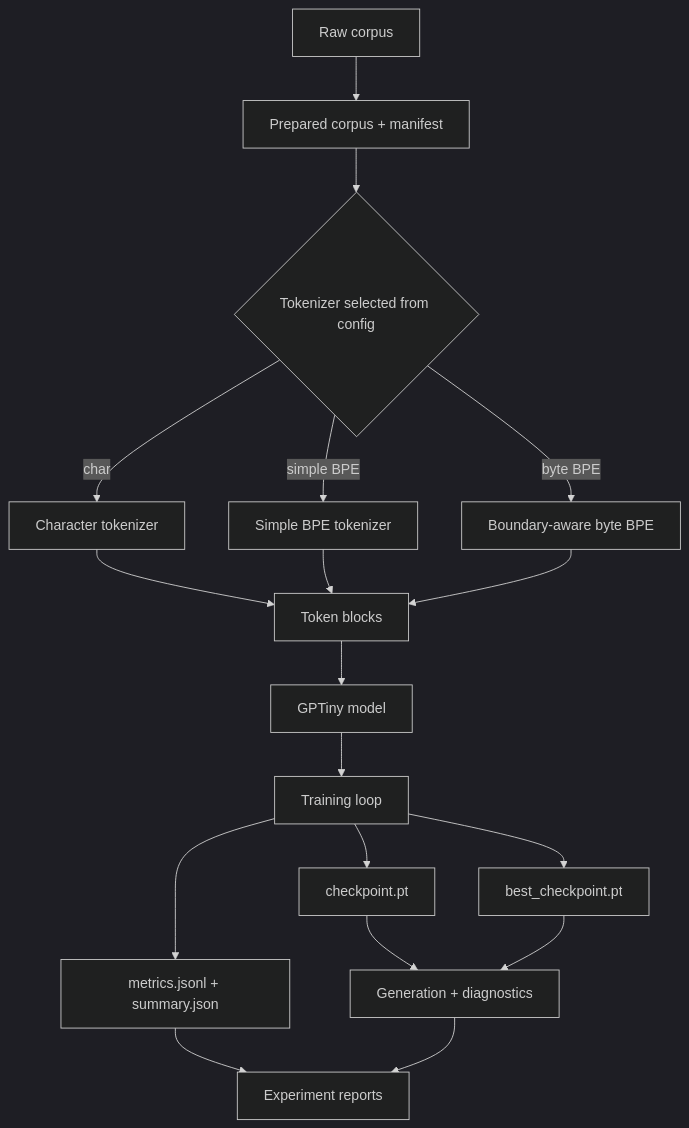
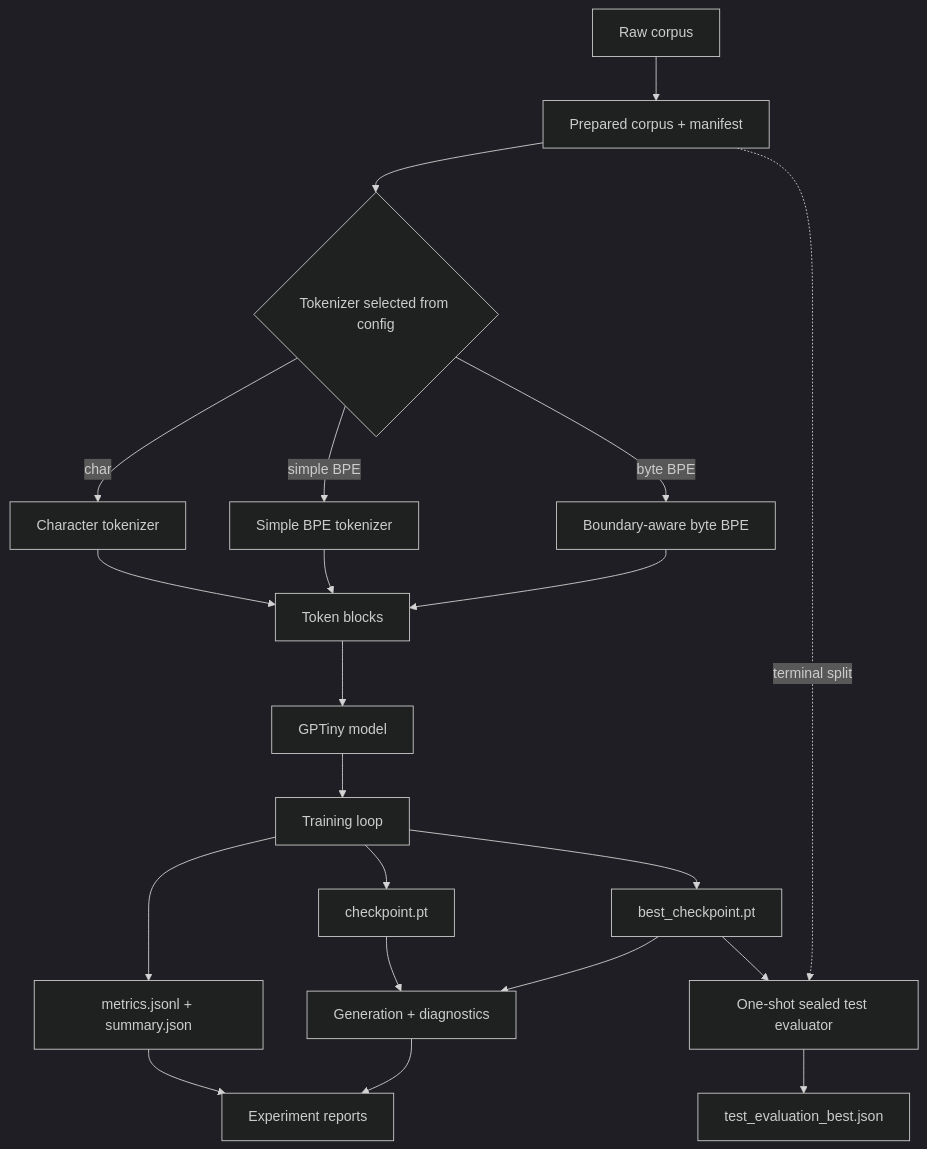
The diagram in docs/architecture.md (almondsun/smallm), drawn with Mermaid (dark theme) before and after one commit. The commit also changed other lines of this file and 32 other files, not shown here.

Commit message:
add sealed test evaluation

````diff
--- a/docs/architecture.md
+++ b/docs/architecture.md
@@ -9,20 +9,23 @@
 ```mermaid
 flowchart TD
     A[Raw corpus] --> B[Prepared corpus + manifest]
     B --> C{Tokenizer selected from config}
     C -->|char| D[Character tokenizer]
     C -->|simple BPE| E[Simple BPE tokenizer]
     C -->|byte BPE| N[Boundary-aware byte BPE]
     D --> F[Token blocks]
     E --> F
     N --> F
     F --> G[GPTiny model]
     G --> H[Training loop]
     H --> I[checkpoint.pt]
     H --> J[best_checkpoint.pt]
     H --> K[metrics.jsonl + summary.json]
+    J --> O[One-shot sealed test evaluator]
+    B -. terminal split .-> O
+    O --> P[test_evaluation_best.json]
     I --> L[Generation + diagnostics]
     J --> L
     K --> M[Experiment reports]
     L --> M
 ```
````
